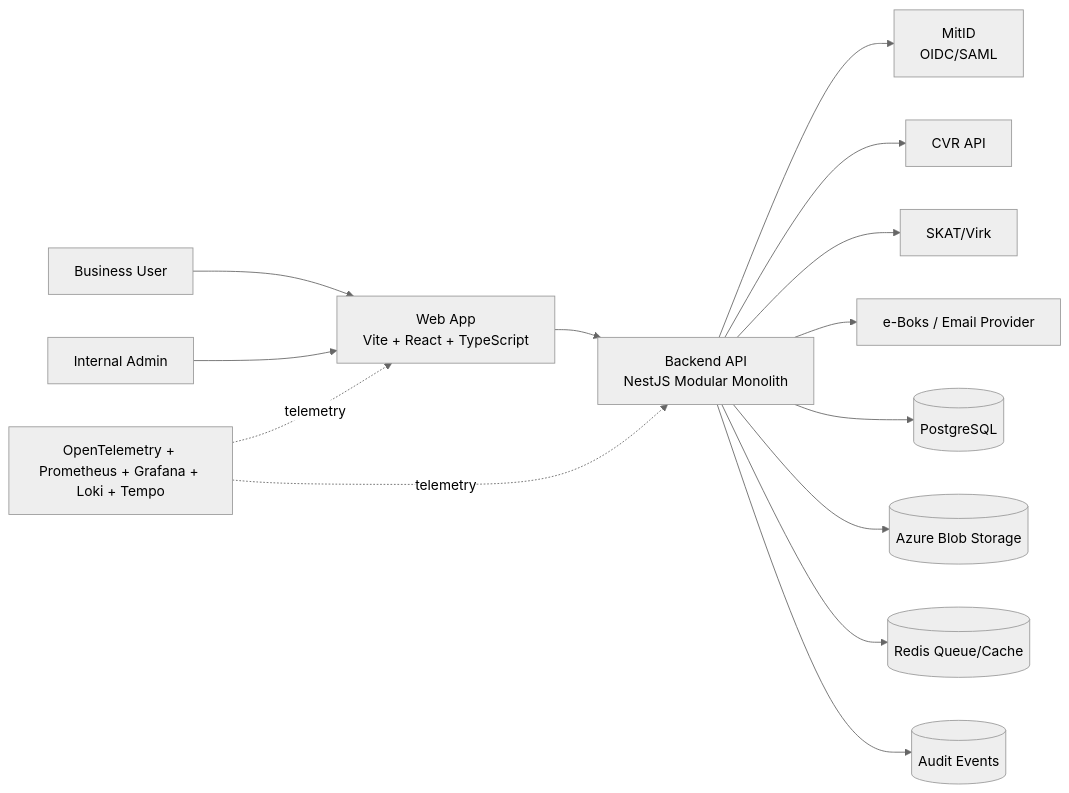
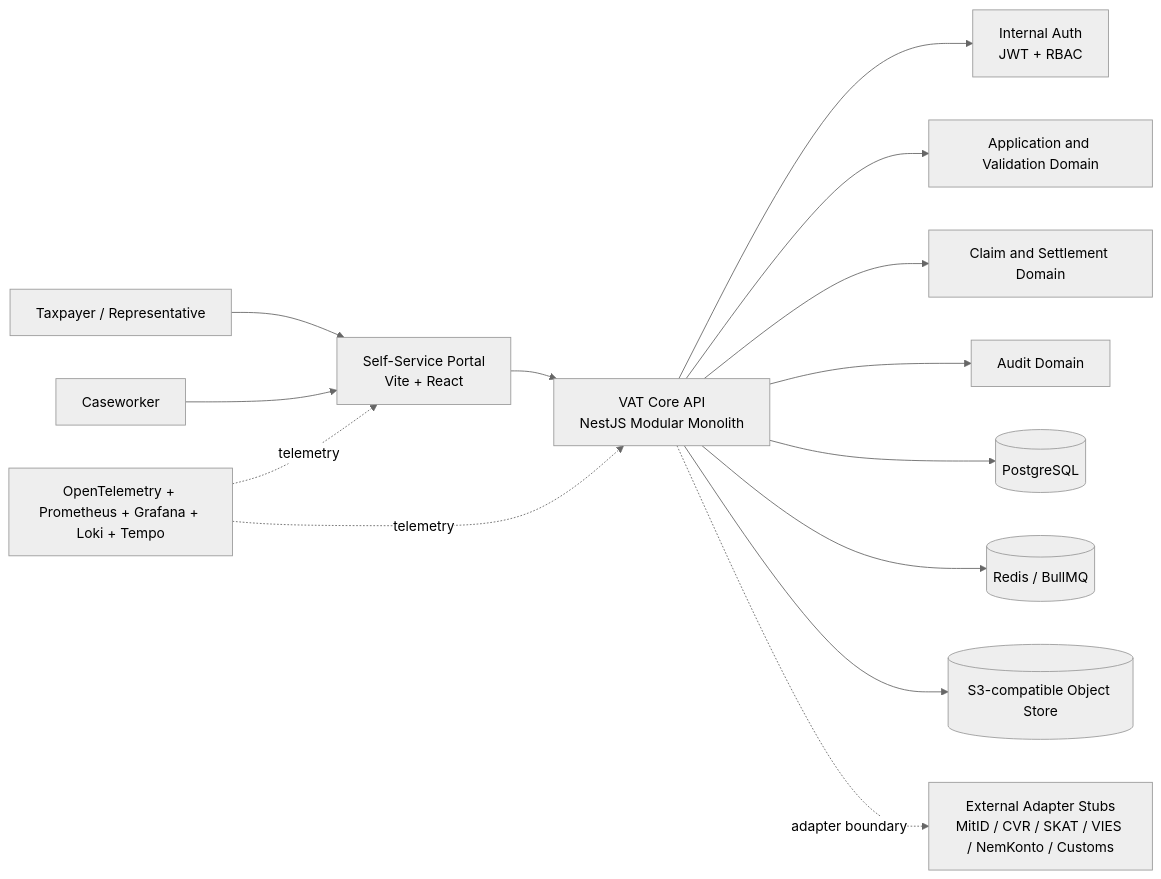
One commit to SVESSENC/VATfolder changed the diagram in docs/diagrams/01-system-context.md. Above: the diagram before and after it, drawn with Mermaid (neutral theme). The commit also changed other lines of this file and 26 other files, not shown here.

Commit message:
updated diagrams

````diff
--- a/docs/diagrams/01-system-context.md
+++ b/docs/diagrams/01-system-context.md
@@ -3,20 +3,21 @@
 ```mermaid
 flowchart LR
-  U[Business User] --> FE[Web App\nVite + React + TypeScript]
-  ADM[Internal Admin] --> FE
+  U[Taxpayer / Representative] --> FE[Self-Service Portal\nVite + React]
+  CW[Caseworker] --> FE
 
-  FE --> API[Backend API\nNestJS Modular Monolith]
+  FE --> API[VAT Core API\nNestJS Modular Monolith]
 
-  API --> MITID[MitID\nOIDC/SAML]
-  API --> CVR[CVR API]
-  API --> SKAT[SKAT/Virk]
-  API --> NOTIF[e-Boks / Email Provider]
+  API --> AUTH[Internal Auth\nJWT + RBAC]
+  API --> APP[Application and Validation Domain]
+  API --> CLAIM[Claim and Settlement Domain]
+  API --> AUD[Audit Domain]
 
   API --> PG[(PostgreSQL)]
-  API --> BLOB[(Azure Blob Storage)]
-  API --> REDIS[(Redis Queue/Cache)]
-  API --> AUDIT[(Audit Events)]
+  API --> REDIS[(Redis / BullMQ)]
+  API --> OBJ[(S3-compatible Object Store)]
+
+  API -. adapter boundary .-> STUBS[External Adapter Stubs\nMitID / CVR / SKAT / VIES / NemKonto / Customs]
 
   OBS[OpenTelemetry + Prometheus + Grafana + Loki + Tempo] -. telemetry .-> API
   OBS -. telemetry .-> FE
 ```
````
